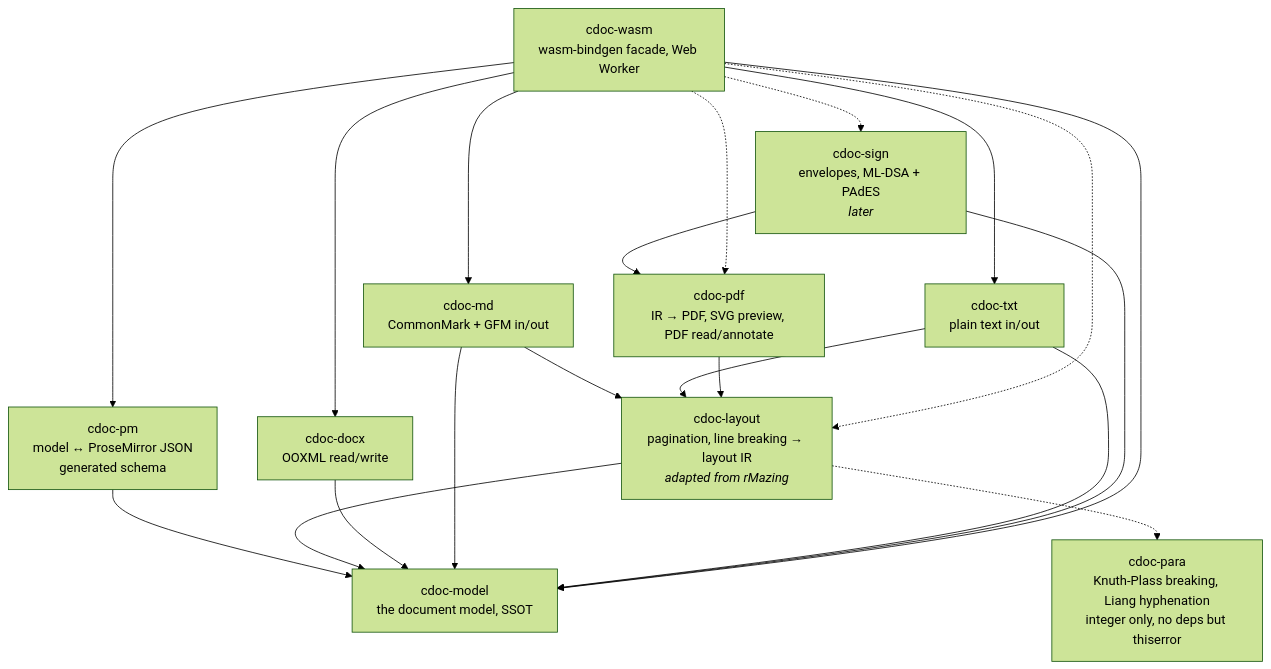
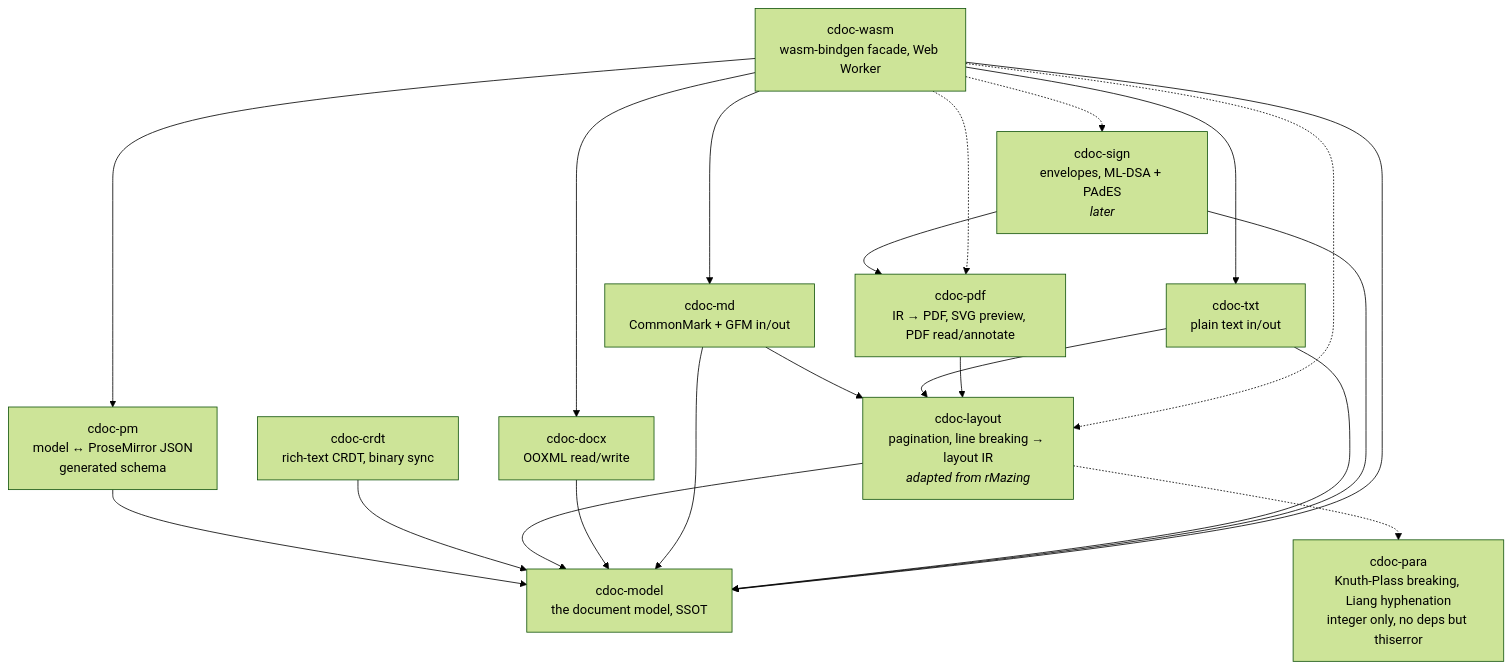
Before and after one commit to Avarok-Cybersecurity/citadel-docs: the diagram in ARCHITECTURE.md, drawn with Mermaid (forest theme). The commit also changed other lines of this file and 54 other files, not shown here.

First line of the commit message:
cdoc-crdt: rich-text CRDT with block structure, mark ranges and binary sync

````diff
--- a/ARCHITECTURE.md
+++ b/ARCHITECTURE.md
@@ -12,33 +12,35 @@
 ```mermaid
 graph TD
     model[cdoc-model<br/>the document model, SSOT]
     pm[cdoc-pm<br/>model ↔ ProseMirror JSON<br/>generated schema]
     layout[cdoc-layout<br/>pagination, line breaking → layout IR<br/><i>adapted from rMazing</i>]
     para[cdoc-para<br/>Knuth-Plass breaking, Liang hyphenation<br/>integer only, no deps but thiserror]
     pdf[cdoc-pdf<br/>IR → PDF, SVG preview, PDF read/annotate]
     docx[cdoc-docx<br/>OOXML read/write]
     md[cdoc-md<br/>CommonMark + GFM in/out]
     txt[cdoc-txt<br/>plain text in/out]
     sign[cdoc-sign<br/>envelopes, ML-DSA + PAdES<br/><i>later</i>]
     wasm[cdoc-wasm<br/>wasm-bindgen facade, Web Worker]
+    crdt[cdoc-crdt<br/>rich-text CRDT, binary sync]
 
     pm --> model
+    crdt --> model
     layout --> model
     layout -.-> para
     docx --> model
     md --> model
     md --> layout
     txt --> model
     txt --> layout
     pdf --> layout
     sign --> pdf
     sign --> model
     wasm --> pm
     wasm --> model
     wasm -.-> layout
     wasm -.-> pdf
     wasm --> docx
     wasm --> md
     wasm --> txt
     wasm -.-> sign
 ```
````
